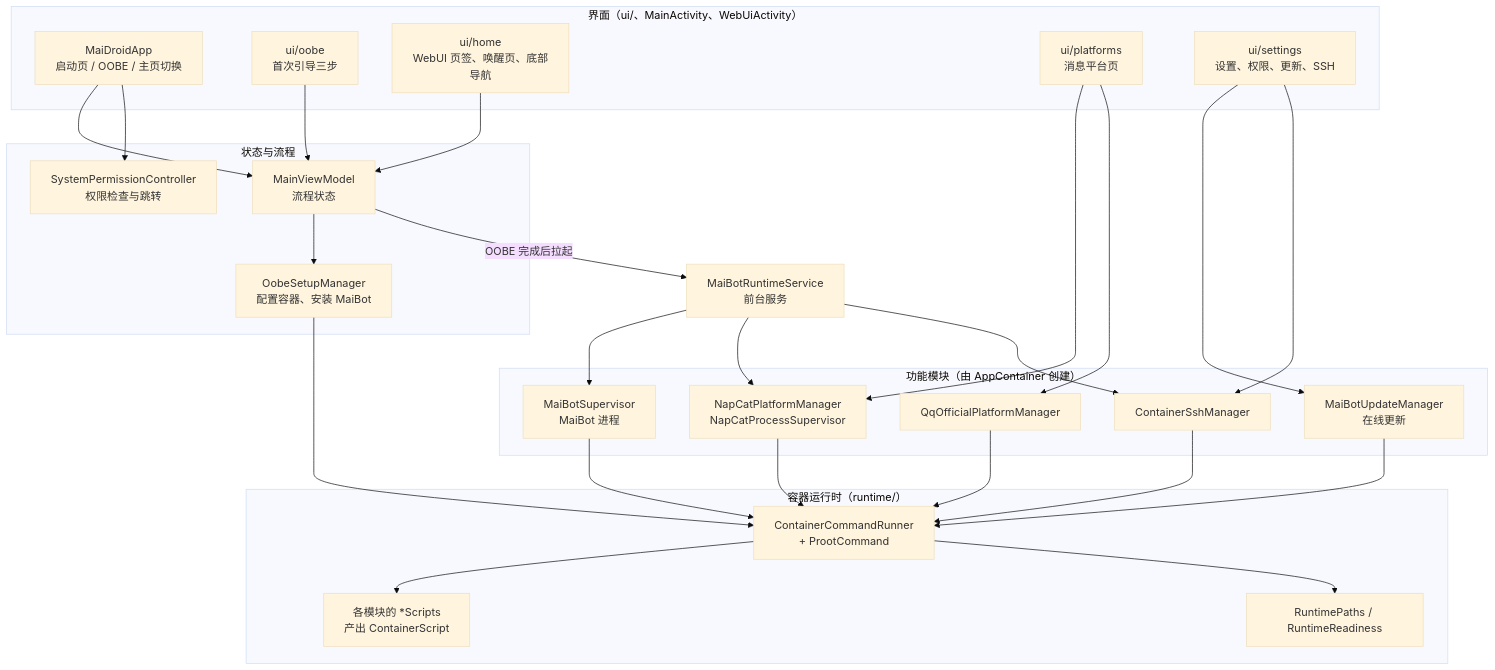
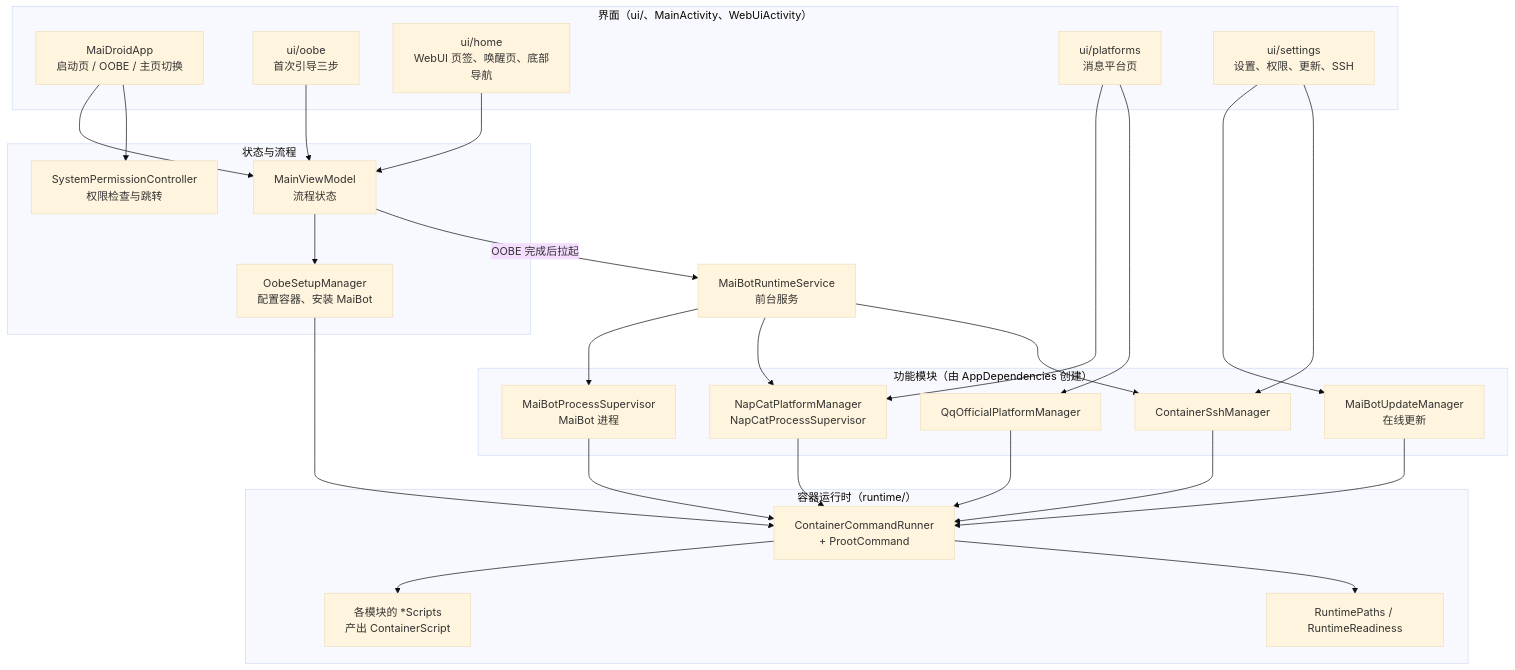
The diagram in docs/architecture.md (Mai-with-u/MaiDroid), drawn with Mermaid (base theme) before and after one commit. The commit also changed other lines of this file and 25 other files, not shown here.

First line of the commit message:
refactor: AppContainer 改名 AppDependencies，MaiBot 进程监管与容器内路径改名

````diff
--- a/docs/architecture.md
+++ b/docs/architecture.md
@@ -9,56 +9,56 @@
 ```mermaid
 flowchart TB
     subgraph UI["界面（ui/、MainActivity、WebUiActivity）"]
         App["MaiDroidApp\n启动页 / OOBE / 主页切换"]
         Oobe["ui/oobe\n首次引导三步"]
         Home["ui/home\nWebUI 页签、唤醒页、底部导航"]
         Platforms["ui/platforms\n消息平台页"]
         Settings["ui/settings\n设置、权限、更新、SSH"]
     end
 
     subgraph State["状态与流程"]
         VM["MainViewModel\n流程状态"]
         OobeMgr["OobeSetupManager\n配置容器、安装 MaiBot"]
         Perm["SystemPermissionController\n权限检查与跳转"]
     end
 
-    subgraph Modules["功能模块（由 AppContainer 创建）"]
-        MaiBot["MaiBotSupervisor\nMaiBot 进程"]
+    subgraph Modules["功能模块（由 AppDependencies 创建）"]
+        MaiBot["MaiBotProcessSupervisor\nMaiBot 进程"]
         Update["MaiBotUpdateManager\n在线更新"]
         NapCat["NapCatPlatformManager\nNapCatProcessSupervisor"]
         QqOfficial["QqOfficialPlatformManager"]
         Ssh["ContainerSshManager"]
     end
 
     subgraph Runtime["容器运行时（runtime/）"]
         Paths["RuntimePaths / RuntimeReadiness"]
         Runner["ContainerCommandRunner\n+ ProotCommand"]
         Scripts["各模块的 *Scripts\n产出 ContainerScript"]
     end
 
     Service["MaiBotRuntimeService\n前台服务"]
 
     App --> VM
     App --> Perm
     Oobe --> VM
     VM --> OobeMgr
     Home --> VM
     Platforms --> NapCat
     Platforms --> QqOfficial
     Settings --> Update
     Settings --> Ssh
 
     VM -->|OOBE 完成后拉起| Service
     Service --> MaiBot
     Service --> NapCat
     Service --> Ssh
 
     OobeMgr --> Runner
     MaiBot --> Runner
     Update --> Runner
     NapCat --> Runner
     QqOfficial --> Runner
     Ssh --> Runner
     Runner --> Scripts
     Runner --> Paths
 ```
````
